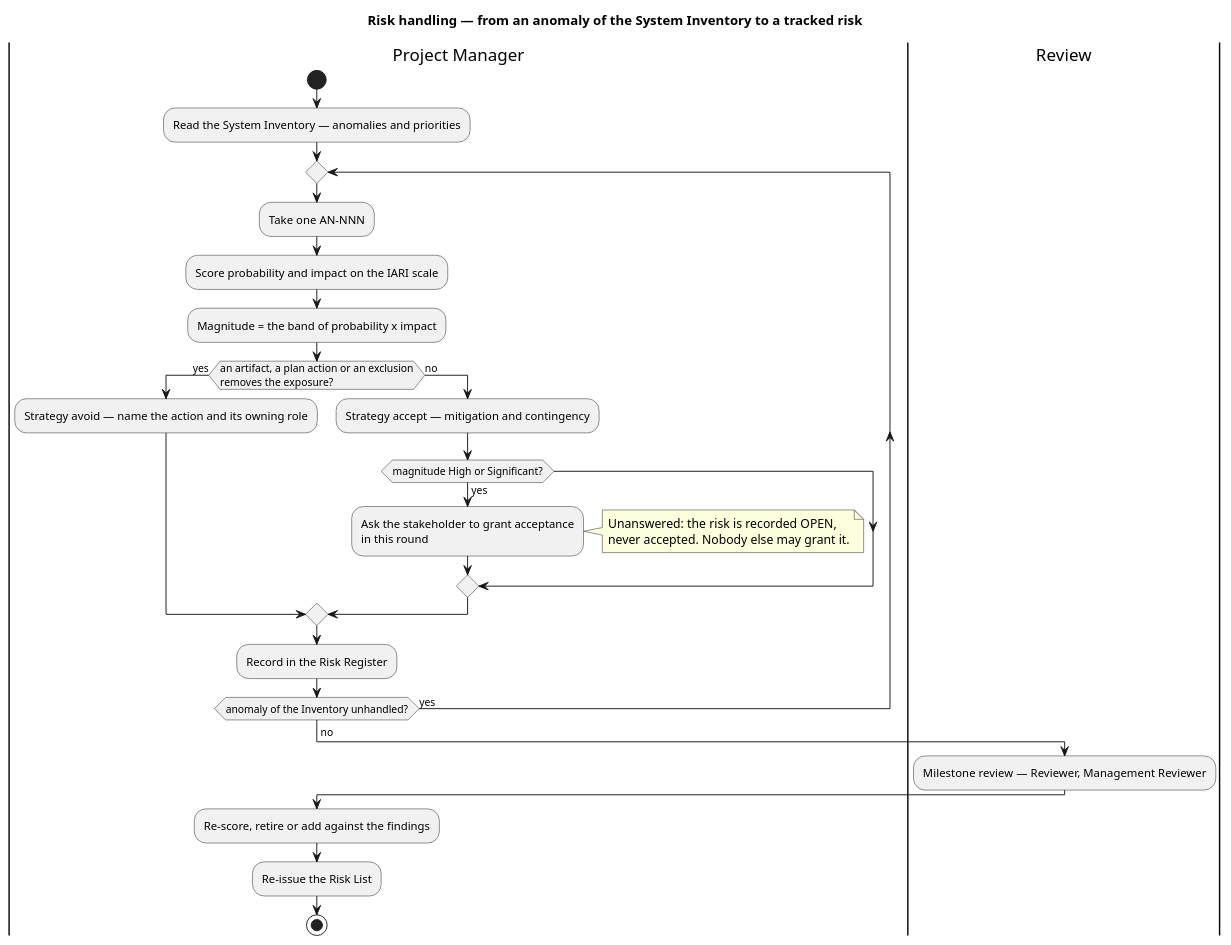
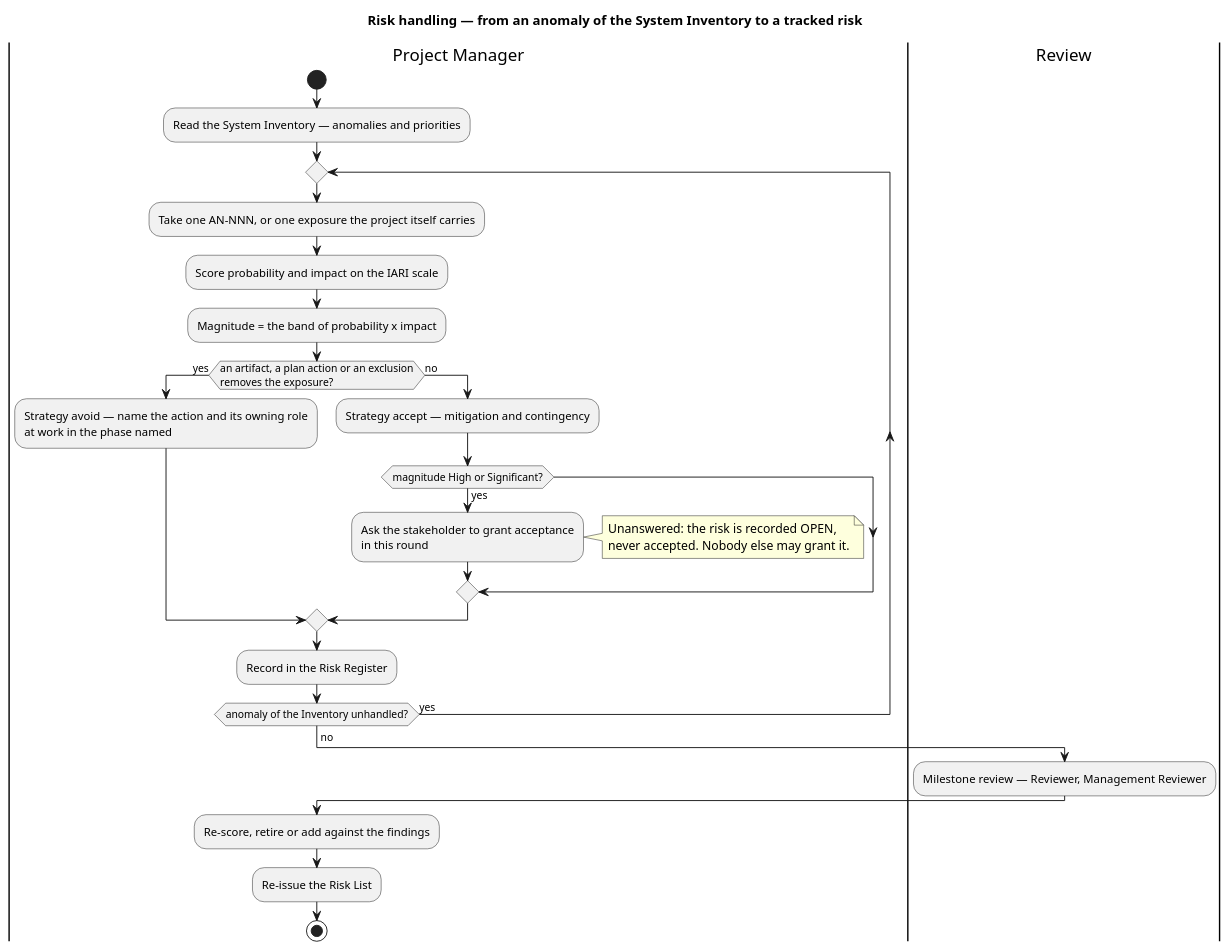
The second of 2 diagrams in docs/artifacts/project-management/risk-list.md (banense-test/TodoApp), drawn with PlantUML before and after one commit. The commit also changed other lines of this file, not shown here.

First line of the commit message:
Project Manager [Survey2]: upsert Risk List

````diff
--- a/docs/artifacts/project-management/risk-list.md
+++ b/docs/artifacts/project-management/risk-list.md
@@ -127,36 +127,36 @@
 ```plantuml
 @startuml
 title Risk handling — from an anomaly of the System Inventory to a tracked risk
 skinparam shadowing false
 skinparam defaultTextAlignment left
 
 |Project Manager|
 start
 :Read the System Inventory — anomalies and priorities;
 repeat
-  :Take one AN-NNN;
+  :Take one AN-NNN, or one exposure the project itself carries;
   :Score probability and impact on the IARI scale;
   :Magnitude = the band of probability x impact;
   if (an artifact, a plan action or an exclusion\nremoves the exposure?) then (yes)
-    :Strategy avoid — name the action and its owning role;
+    :Strategy avoid — name the action and its owning role\nat work in the phase named;
   else (no)
     :Strategy accept — mitigation and contingency;
     if (magnitude High or Significant?) then (yes)
       :Ask the stakeholder to grant acceptance\nin this round;
       note right
         Unanswered: the risk is recorded OPEN,
         never accepted. Nobody else may grant it.
       end note
     endif
   endif
   :Record in the Risk Register;
 repeat while (anomaly of the Inventory unhandled?) is (yes)
 ->no;
 |Review|
 :Milestone review — Reviewer, Management Reviewer;
 |Project Manager|
 :Re-score, retire or add against the findings;
 :Re-issue the Risk List;
 stop
 @enduml
 ```
````
